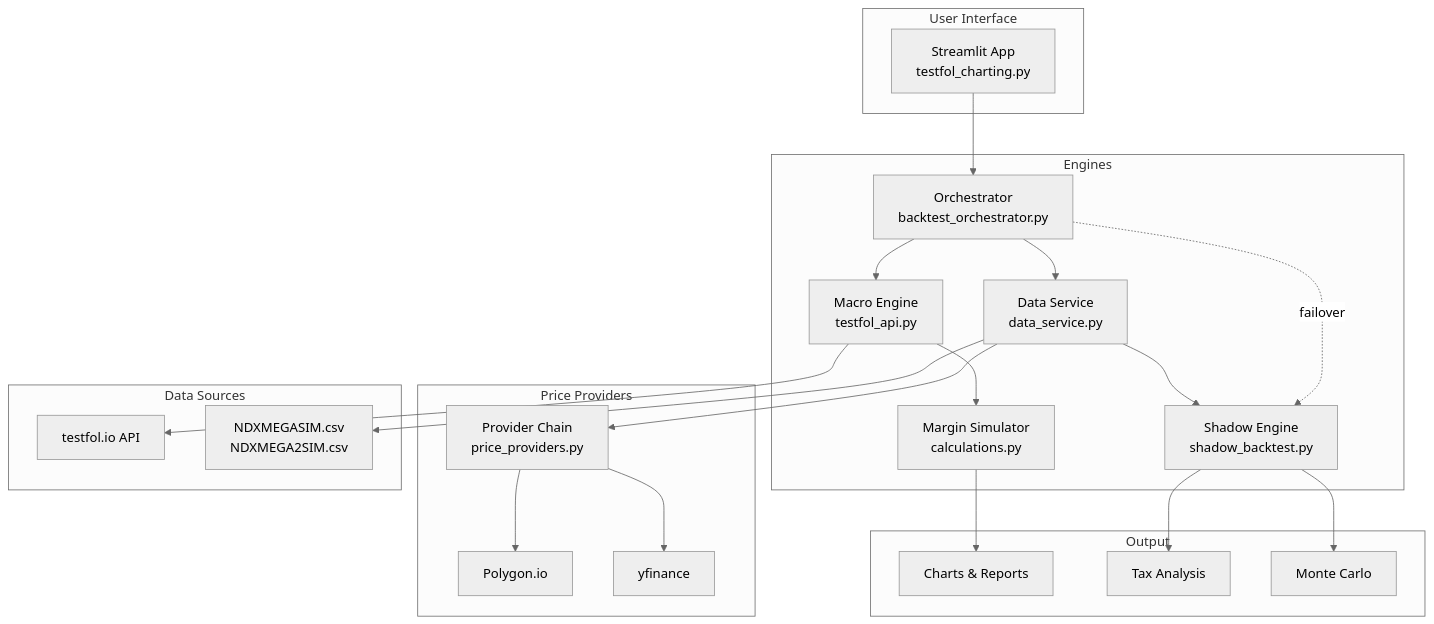
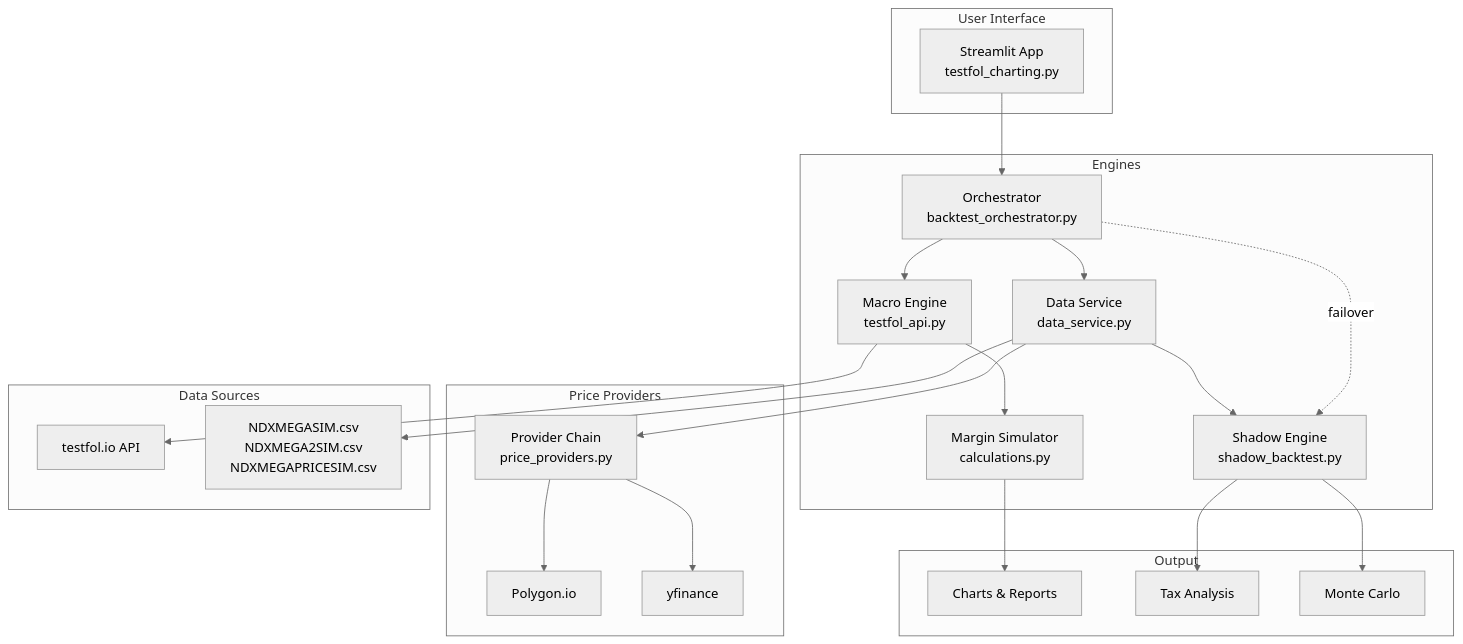
Before and after one commit to thebeals/Testfol-MarginStresser: the diagram in README.md, drawn with Mermaid (neutral theme). The commit also changed other lines of this file and 21 other files, not shown here.

````diff
--- a/README.md
+++ b/README.md
@@ -34,43 +34,43 @@
 ```mermaid
 graph TB
     subgraph User Interface
         ST[Streamlit App<br>testfol_charting.py]
     end
 
     subgraph Engines
         ME[Macro Engine<br>testfol_api.py]
         BO[Orchestrator<br>backtest_orchestrator.py]
         DS[Data Service<br>data_service.py]
         SE[Shadow Engine<br>shadow_backtest.py]
         MS[Margin Simulator<br>calculations.py]
     end
 
     subgraph Price Providers
         PP[Provider Chain<br>price_providers.py]
         PG[Polygon.io]
         YF[yfinance]
     end
 
     subgraph Data Sources
         TF[testfol.io API]
-        CSV[NDXMEGASIM.csv<br>NDXMEGA2SIM.csv]
+        CSV[NDXMEGASIM.csv<br>NDXMEGA2SIM.csv<br>NDXMEGAPRICESIM.csv]
     end
 
     subgraph Output
         CH[Charts & Reports]
         TX[Tax Analysis]
         MC[Monte Carlo]
     end
 
     ST --> BO --> ME --> TF
     BO --> DS --> SE
     DS --> PP
     PP --> PG
     PP --> YF
     DS --> CSV
     SE --> TX
     ME --> MS
     MS --> CH
     SE --> MC
     BO -.->|failover| SE
 ```
````
